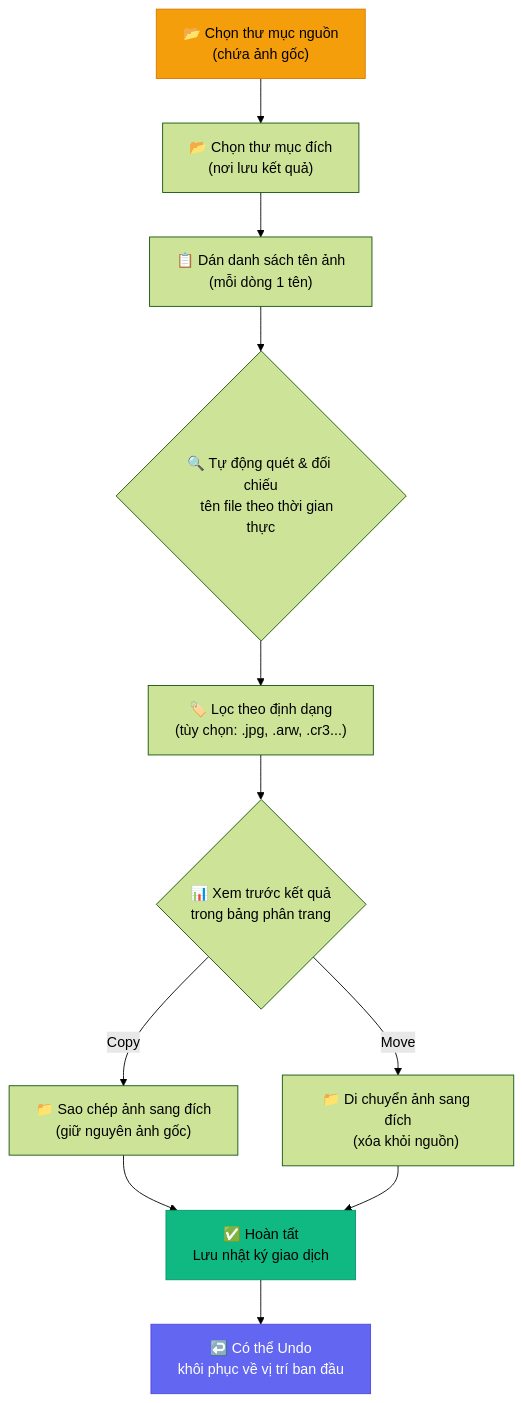
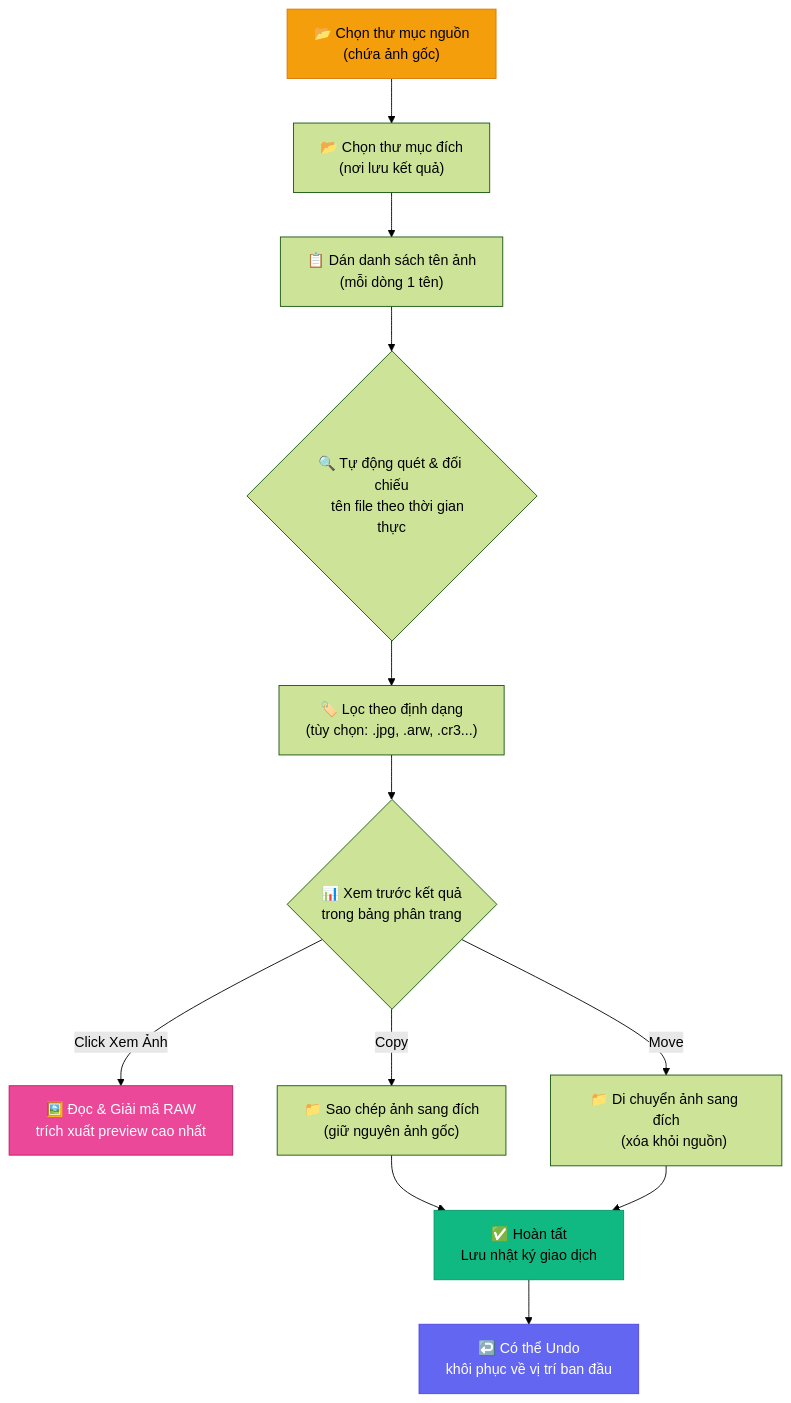
Before and after one commit to duongthaitan/ShutterFilter: the first of 4 diagrams in README.md, drawn with Mermaid (forest theme). The commit also changed other lines of this file, not shown here.

Commit message:
docs: upgrade README.md with High-Res RAW Preview Engine specs, Mermaid flowcharts, and Studio Lightbox UI details

````diff
--- a/README.md
+++ b/README.md
@@ -61,27 +61,30 @@
 ```mermaid
 flowchart TD
     A["📂 Chọn thư mục nguồn
     (chứa ảnh gốc)"] --> B["📂 Chọn thư mục đích
     (nơi lưu kết quả)"]
     B --> C["📋 Dán danh sách tên ảnh
     (mỗi dòng 1 tên)"]
     C --> D{"🔍 Tự động quét & đối chiếu
     tên file theo thời gian thực"}
     D --> E["🏷️ Lọc theo định dạng
     (tùy chọn: .jpg, .arw, .cr3...)"]
     E --> F{"📊 Xem trước kết quả
     trong bảng phân trang"}
+    F -->|Click Xem Ảnh| RAW["🖼️ Đọc & Giải mã RAW
+    trích xuất preview cao nhất"]
     F -->|Copy| G["📁 Sao chép ảnh sang đích
     (giữ nguyên ảnh gốc)"]
     F -->|Move| H["📁 Di chuyển ảnh sang đích
     (xóa khỏi nguồn)"]
     G --> I["✅ Hoàn tất
     Lưu nhật ký giao dịch"]
     H --> I
     I --> J["↩️ Có thể Undo
     khôi phục về vị trí ban đầu"]
 
     style A fill:#f59e0b,stroke:#d97706,color:#000
+    style RAW fill:#ec4899,stroke:#be185d,color:#fff
     style I fill:#10b981,stroke:#059669,color:#000
     style J fill:#6366f1,stroke:#4f46e5,color:#fff
 ```
````
